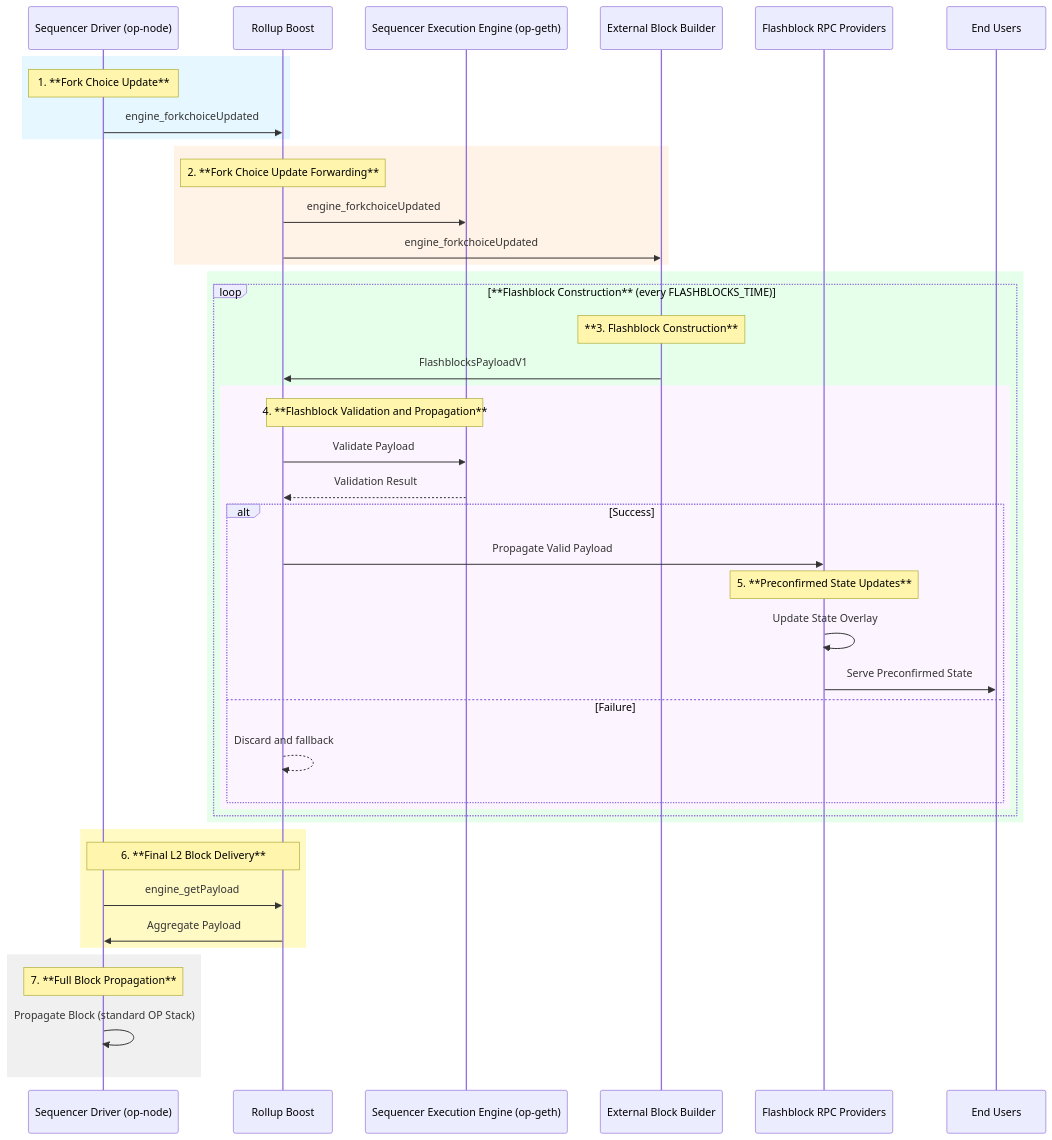
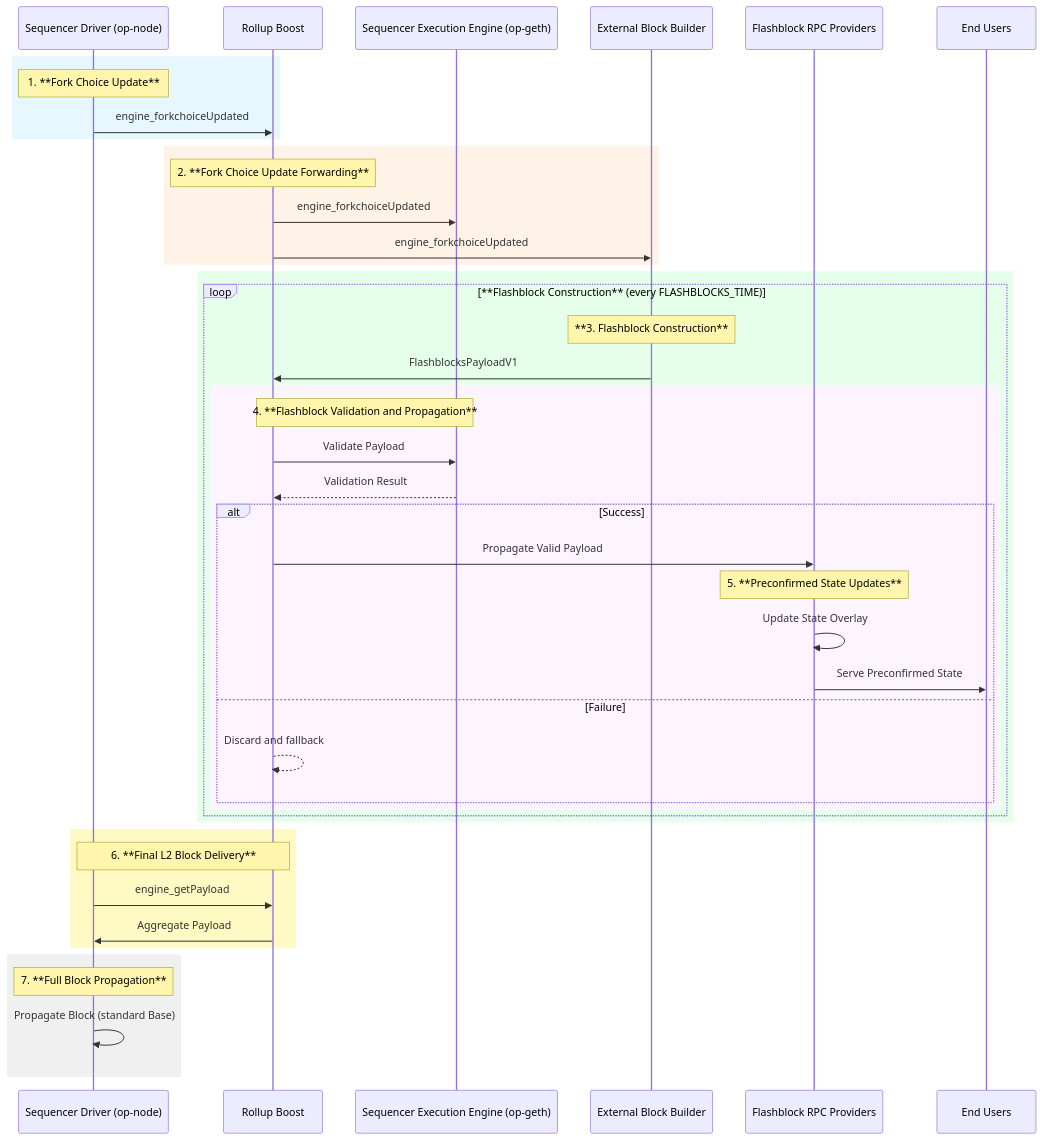
One commit to base/base changed the second of 6 diagrams in docs/specs/pages/protocol/flashblocks.md. Above: the diagram before and after it, drawn with Mermaid. The commit also changed other lines of this file and 114 other files, not shown here.

````diff
--- a/docs/specs/pages/protocol/flashblocks.md
+++ b/docs/specs/pages/protocol/flashblocks.md
@@ -408,53 +408,53 @@
 ```mermaid
 sequenceDiagram
     participant S as Sequencer Driver (op-node)
     participant RB as Rollup Boost
     participant EE as Sequencer Execution Engine (op-geth)
     participant BB as External Block Builder
     participant RPC as Flashblock RPC Providers
     participant U as End Users
 
     rect rgb(230,247,255)
         Note over S: 1. **Fork Choice Update**
         S->>RB: engine_forkchoiceUpdated
     end
 
     rect rgb(255,242,230)
         Note over RB: 2. **Fork Choice Update Forwarding**
         RB->>EE: engine_forkchoiceUpdated
         RB->>BB: engine_forkchoiceUpdated
     end
 
     rect rgb(230,255,235)
     loop **Flashblock Construction** (every FLASHBLOCKS_TIME)
         Note over BB: **3. Flashblock Construction**
         BB->>RB: FlashblocksPayloadV1
 
         rect rgb(252,244,255)
             Note over RB, EE: 4. **Flashblock Validation and Propagation**
             RB->>EE: Validate Payload
             EE-->>RB: Validation Result
 
             alt Success
                 RB->>RPC: Propagate Valid Payload
                 Note over RPC: 5. **Preconfirmed State Updates**
                 RPC->>RPC: Update State Overlay
                 RPC->>U: Serve Preconfirmed State
             else Failure
                 RB-->>RB: Discard and fallback
             end
         end
     end
     end
 
     rect rgb(255,249,196)
         Note over S, RB: 6. **Final L2 Block Delivery**
         S->>RB: engine_getPayload
         RB->>S: Aggregate Payload
     end
 
     rect rgb(240,240,240)
         Note over S: 7. **Full Block Propagation**
-        S->>S: Propagate Block (standard OP Stack)
+        S->>S: Propagate Block (standard Base)
     end
 ```
````
